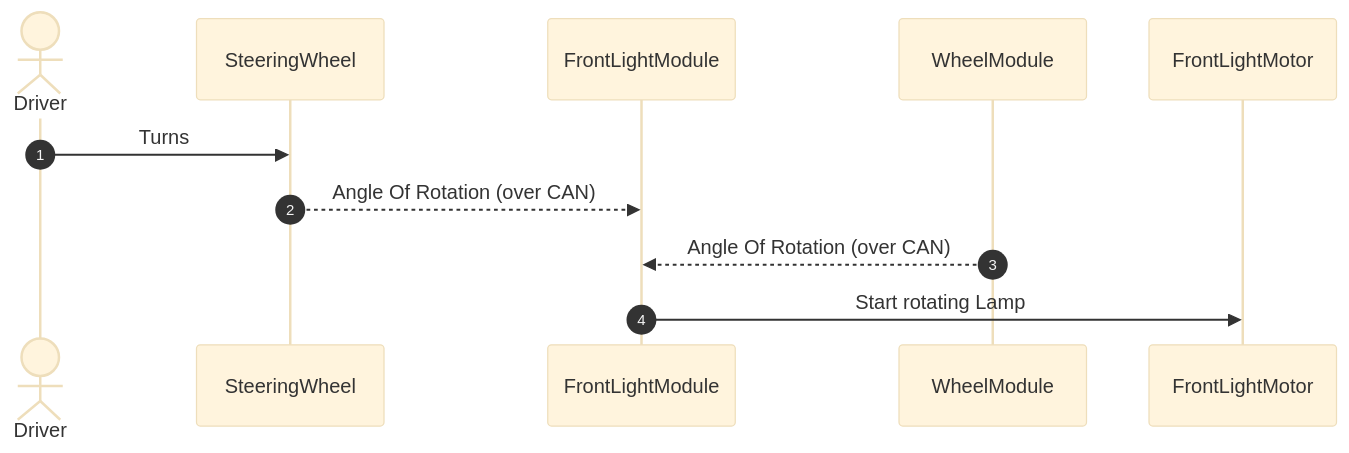
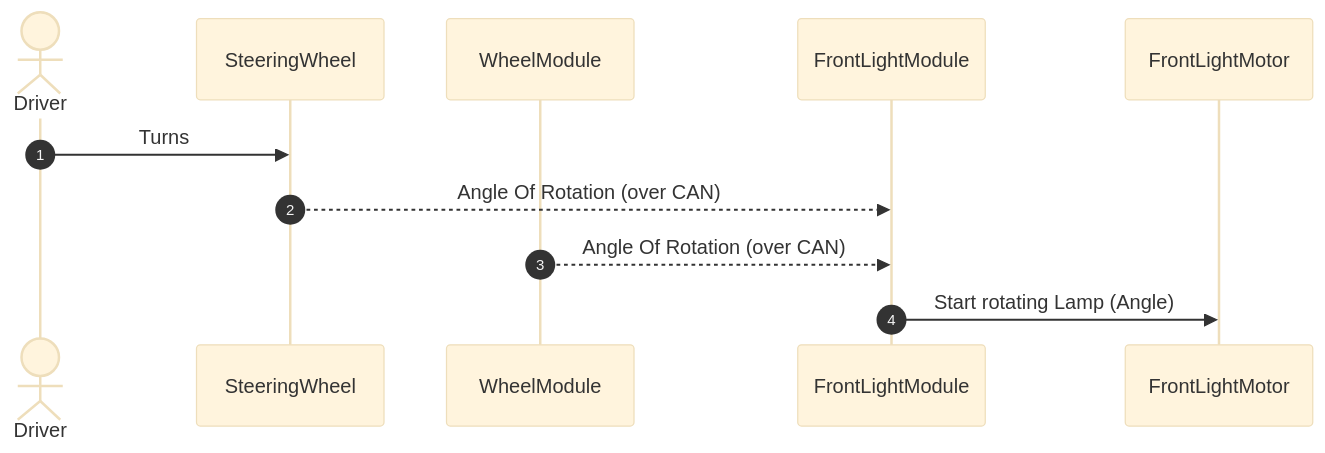
Before and after one commit to kishorekanala/VehicleSim: the fourth of 5 diagrams in VehicleSystemsReports/VehicleLightingSystem/VehicleLightingSystem.md, drawn with Mermaid (base theme). The commit also changed other lines of this file, not shown here.

Commit message:
Apr 8, 2023, 10:25 AM

````diff
--- a/VehicleSystemsReports/VehicleLightingSystem/VehicleLightingSystem.md
+++ b/VehicleSystemsReports/VehicleLightingSystem/VehicleLightingSystem.md
@@ -138,13 +137,13 @@
 ```mermaid
 sequenceDiagram
 autonumber
 actor Driver
 participant SteeringWheel
+participant WheelModule
 participant FrontLightModule
-participant WheelModule
 participant FrontLightMotor
-Driver->>SteeringWheel: Turns 
+Driver->>SteeringWheel: Turns
 SteeringWheel-->>FrontLightModule: Angle Of Rotation (over CAN)
 WheelModule-->>FrontLightModule: Angle Of Rotation (over CAN)
-FrontLightModule->>FrontLightMotor: Start rotating Lamp
+FrontLightModule->>FrontLightMotor: Start rotating Lamp (Angle)
 ```
````
